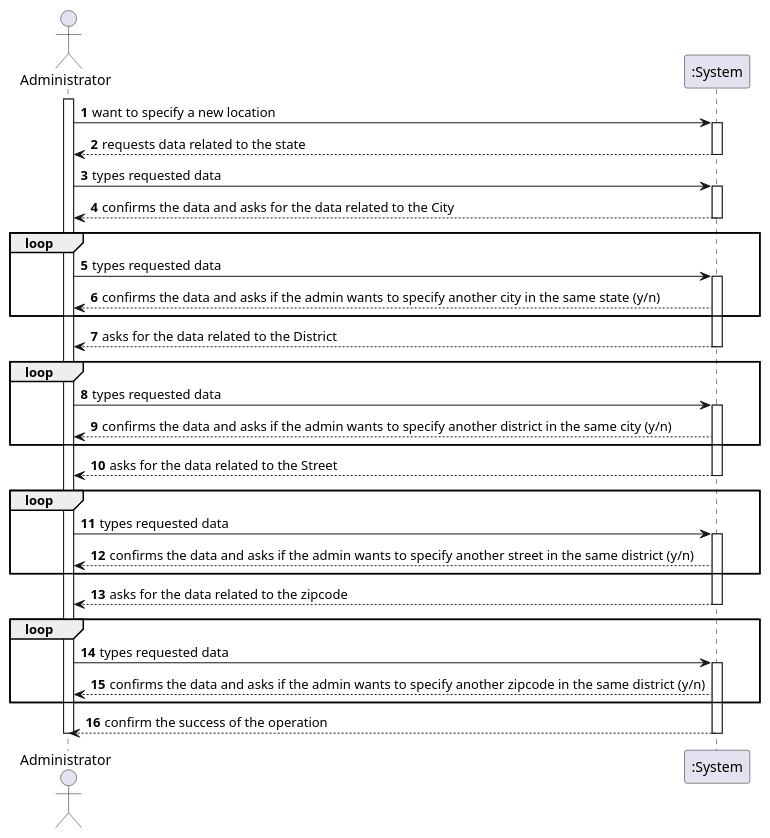
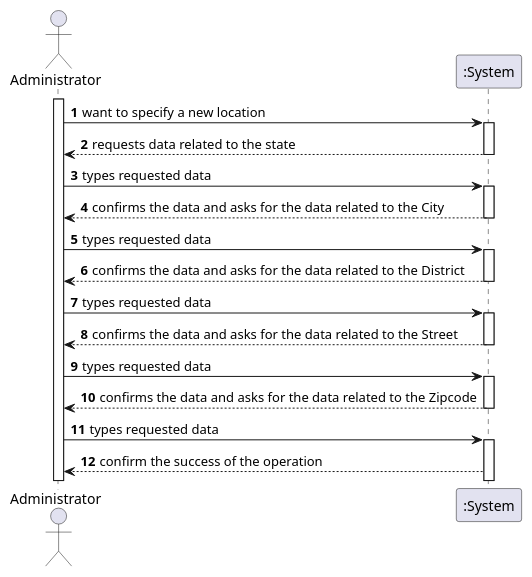
Before and after one commit to tiagohcorreia/LAPR2: the diagram in docs/sprintB/US006/01.requirements-engineering/puml/ssd.puml, drawn with PlantUML.

Commit message:
ssd.puml updated

```diff
--- a/docs/sprintB/US006/01.requirements-engineering/puml/ssd.puml
+++ b/docs/sprintB/US006/01.requirements-engineering/puml/ssd.puml
@@ -1,63 +1,31 @@
 @startuml
 autonumber
 actor "Administrator" as OE
 
 activate OE
 OE -> ":System" : want to specify a new location
 activate ":System"
 ":System" --> OE : requests data related to the state
 
 deactivate ":System"
 
 OE -> ":System" : types requested data
 activate ":System"
 ":System" --> OE : confirms the data and asks for the data related to the City
 deactivate ":System"
-loop
 OE -> ":System" : types requested data
-
 activate ":System"
-":System" --> OE : confirms the data and asks if the admin wants to specify another city in the same state (y/n)
-
-end loop
-
+":System" --> OE : confirms the data and asks for the data related to the District
+deactivate ":System"
+OE -> ":System" : types requested data
 activate ":System"
-
-":System" --> OE : asks for the data related to the District
+":System" --> OE : confirms the data and asks for the data related to the Street
 deactivate ":System"
-loop
 OE -> ":System" : types requested data
-
 activate ":System"
-":System" --> OE : confirms the data and asks if the admin wants to specify another district in the same city (y/n)
-
-end loop
-activate ":System"
-
-":System" --> OE : asks for the data related to the Street
+":System" --> OE : confirms the data and asks for the data related to the Zipcode
 deactivate ":System"
-loop
 OE -> ":System" : types requested data
-
-activate ":System"
-":System" --> OE : confirms the data and asks if the admin wants to specify another street in the same district (y/n)
-
-end loop
-activate ":System"
-
-":System" --> OE : asks for the data related to the zipcode
-deactivate ":System"
-loop
-OE -> ":System" : types requested data
-
-activate ":System"
-":System" --> OE : confirms the data and asks if the admin wants to specify another zipcode in the same district (y/n)
-
-end loop
-
 activate ":System"
 ":System" --> OE : confirm the success of the operation
-deactivate ":System"
-deactivate OE
-
 @enduml
```
